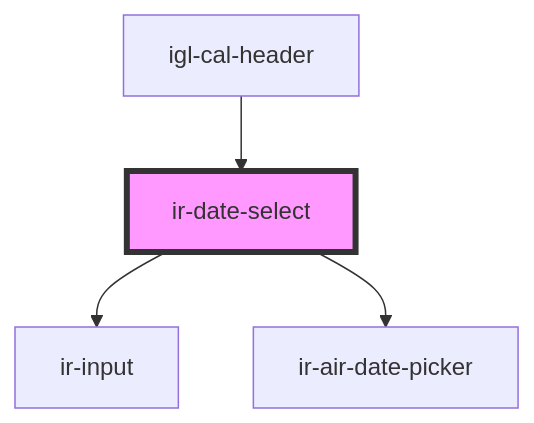
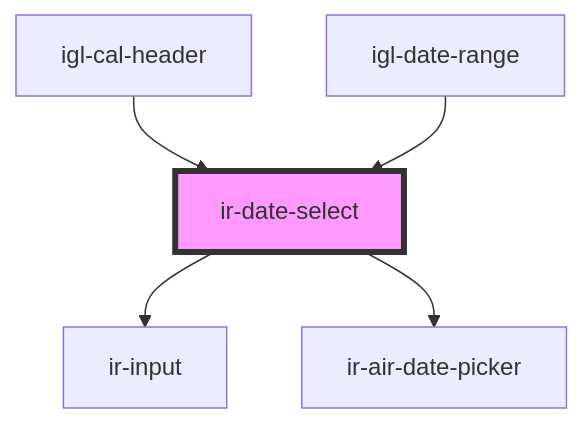
The diagram in src/components/ui/date-picker/ir-date-select/readme.md (RonyRizk/ir-webcmp), drawn with Mermaid before and after one commit. The commit also changed other lines of this file and 235 other files, not shown here.

````diff
--- a/src/components/ui/date-picker/ir-date-select/readme.md
+++ b/src/components/ui/date-picker/ir-date-select/readme.md
@@ -99,7 +100,8 @@
 ```mermaid
 graph TD;
   ir-date-select --> ir-input
   ir-date-select --> ir-air-date-picker
   igl-cal-header --> ir-date-select
+  igl-date-range --> ir-date-select
   style ir-date-select fill:#f9f,stroke:#333,stroke-width:4px
 ```
````
